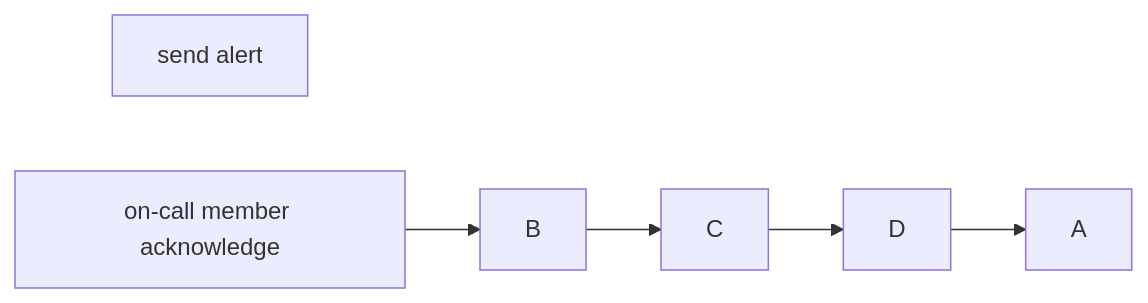
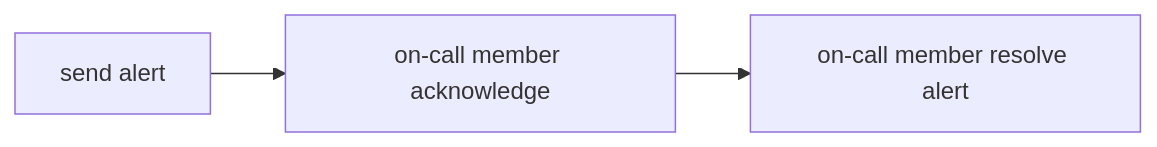
One commit to owan-io1992/mySite changed the second of 2 diagrams in content/posts/20250617_sharing-the-implementation-of-the-on-call-system/index.md. Above: the diagram before and after it, drawn with Mermaid. The commit also changed other lines of this file and 1860 other files, not shown here.

```diff
--- a/content/posts/20250617_sharing-the-implementation-of-the-on-call-system/index.md
+++ b/content/posts/20250617_sharing-the-implementation-of-the-on-call-system/index.md
@@ -155,8 +158,7 @@
 {{< mermaid >}}
 graph LR;
     initial[send alert]
     ack[on-call member acknowledge]
-    ack[on-call member acknowledge]
-     --> B --> C --> D
-    D --> A
+    resolve[on-call member resolve alert]
+    initial --> ack --> resolve
 {{< /mermaid >}}
```
